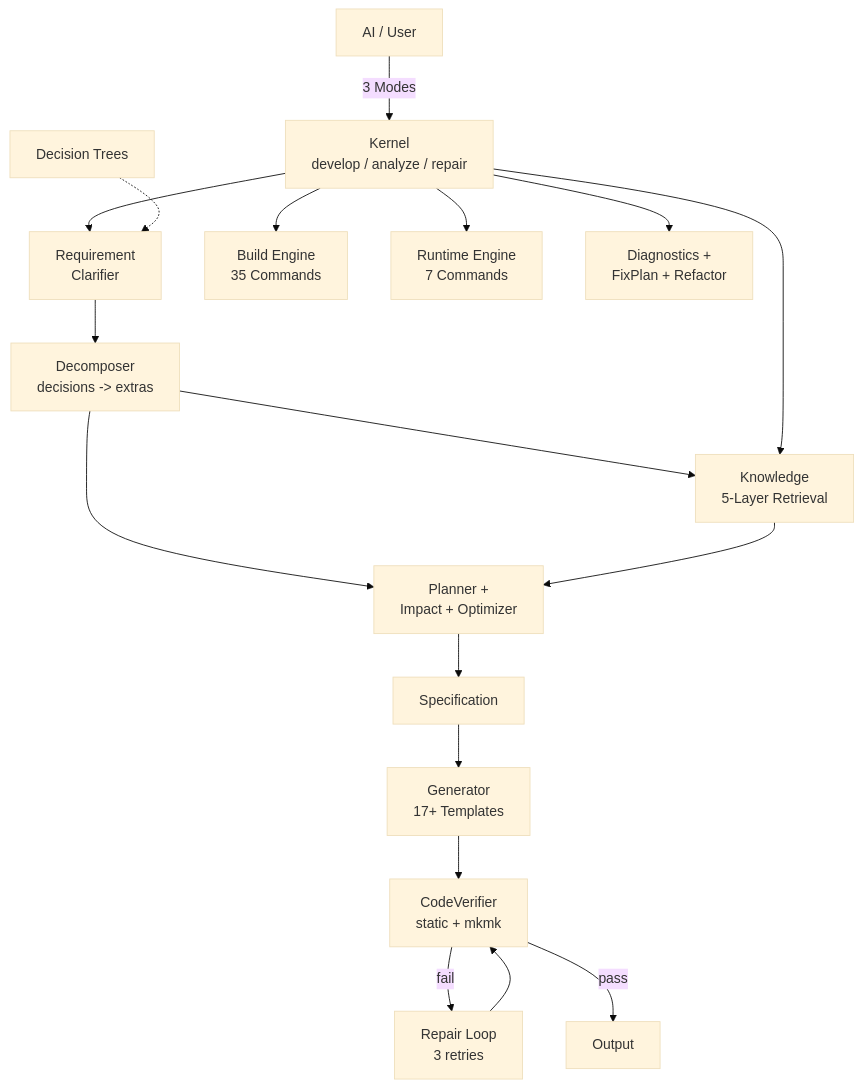
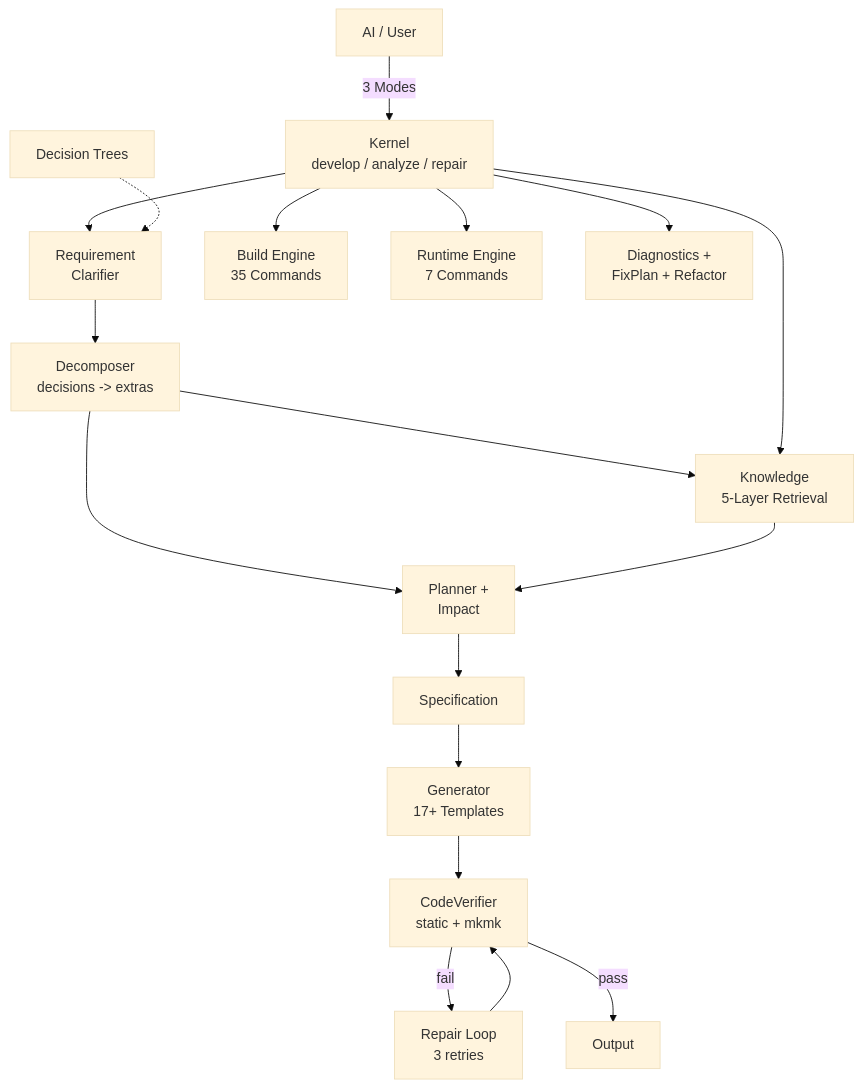
The diagram in README.md (chenlei-gh/CADE), drawn with Mermaid (base theme) before and after one commit. The commit also changed other lines of this file and 2 other files, not shown here.

````diff
--- a/README.md
+++ b/README.md
@@ -373,22 +371,22 @@
 ```mermaid
 graph TD
     U[AI / User] -->|3 Modes| K[Kernel<br/>develop / analyze / repair]
     K --> R[Requirement<br/>Clarifier]
     D[Decision Trees] -.-> R
     R --> E[Decomposer<br/>decisions -> extras]
-    E --> I[Planner +<br/>Impact + Optimizer]
+    E --> I[Planner +<br/>Impact]
     E --> Q[Knowledge<br/>5-Layer Retrieval]
     I --> S[Specification]
     S --> G[Generator<br/>17+ Templates]
     G --> V[CodeVerifier<br/>static + mkmk]
     V -->|fail| P[Repair Loop<br/>3 retries]
     P --> V
     V -->|pass| O[Output]
 
     K --> Q
     Q --> I
 
     K --> B[Build Engine<br/>35 Commands]
     K --> X[Runtime Engine<br/>7 Commands]
     K --> Z[Diagnostics +<br/>FixPlan + Refactor]
 ```
````
